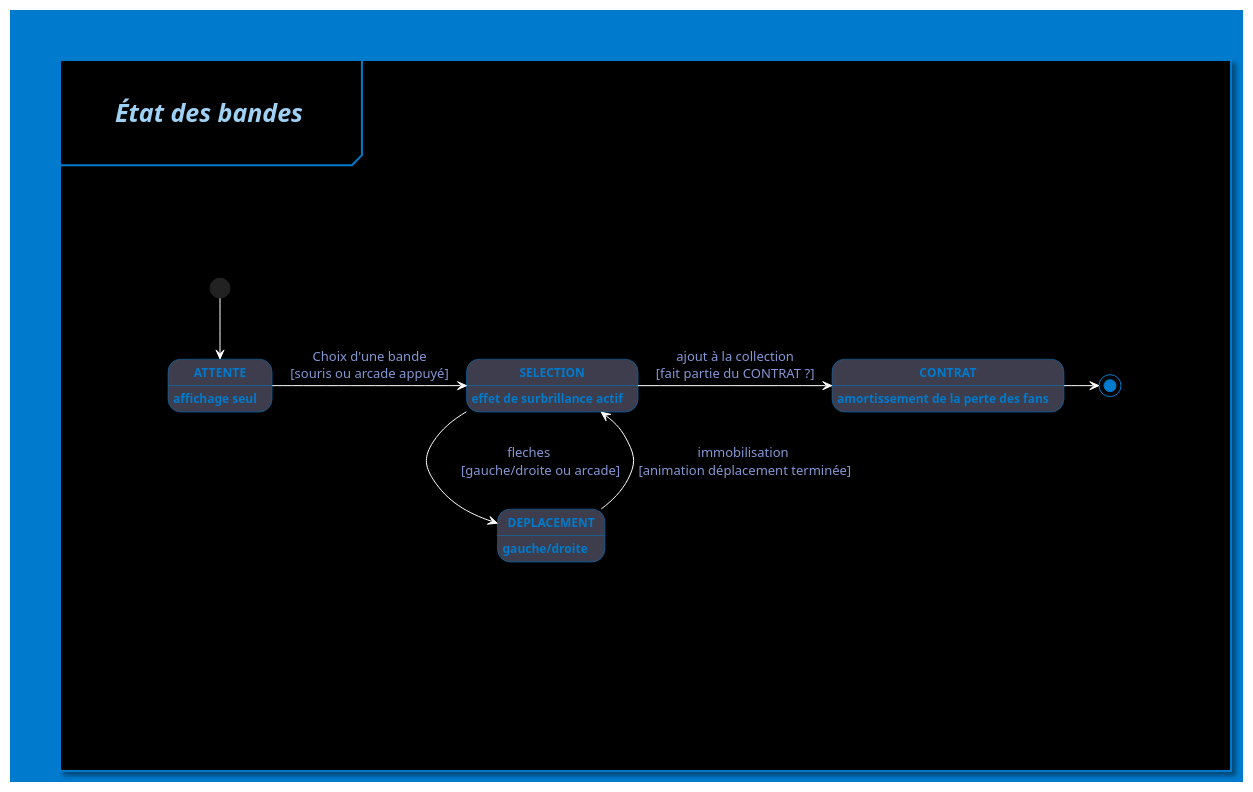
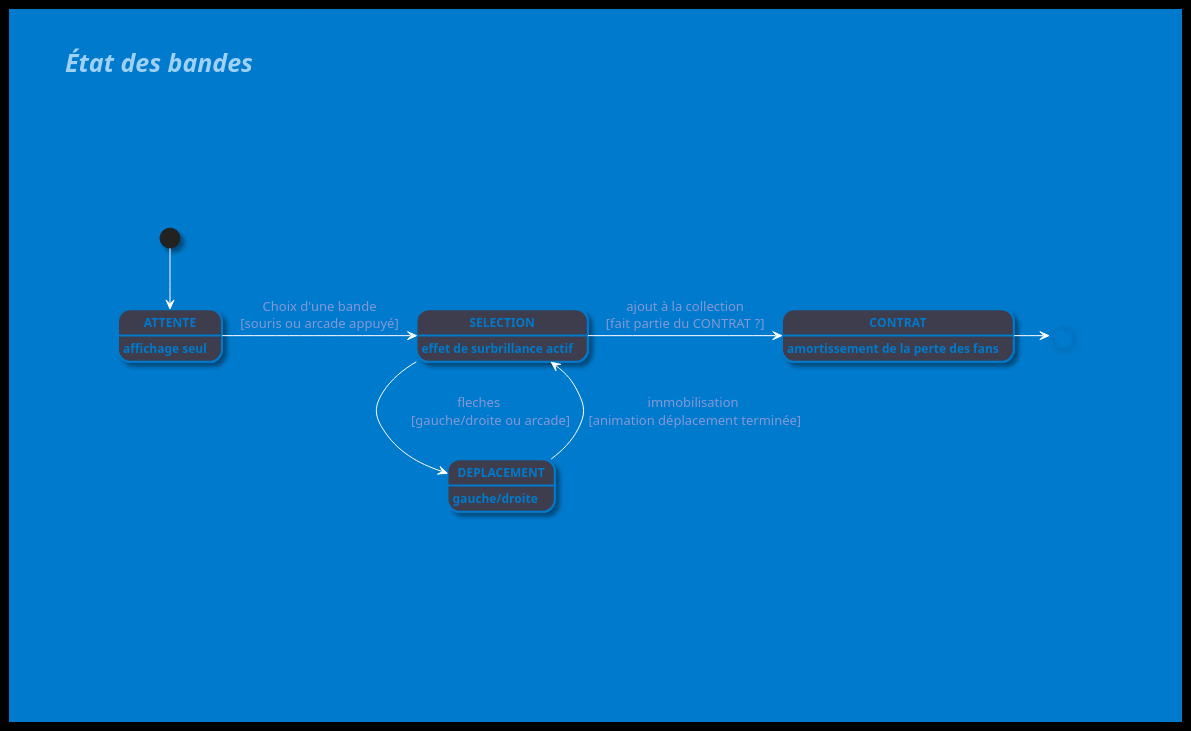
The diagram in docs/uml/puml/BandesStateDiagram.puml (MaiveCL/Projet_session_JV), drawn with PlantUML before and after one commit. The commit also changed other lines of this file, not shown here.

Commit message:
test uml auto-export

```diff
--- a/docs/uml/puml/BandesStateDiagram.puml
+++ b/docs/uml/puml/BandesStateDiagram.puml
@@ -1,62 +1,64 @@
 @startuml "État des bandes"
 ' Définir le style global
 skinparam {
-    backgroundColor 007acc
+    backgroundColor 000000
     ' 007acc = oui
-    ' 92cc00ff = non
+    ' 92cc00ff = non, donne blanc ou ignoré
     shadowing true
     ' oui
     FontName "Consolas"
     ArrowColor ffffffff
     ' #ffffffff
     ArrowFontColor 8598d6ff
     ' #8598d6ff
     StartColor ff02c4ff
-    ' #ff02c4ff
+    ' #ff02c4ff = non, ignoré ou noir
     EndColor ff02c4
-    ' #ff02c4
+    ' #ff02c4 = non, ignoré ou noir
 }
 ' Style pour les states
 skinparam state {
     BackgroundColor 3e3e4eff
-    ' #3e3e4eff
+    ' #3e3e4eff = non, ignoré ou blanc
     fontColor 007acc
     ' #007acc
+    BorderThickness 2.0
     BorderColor 007acc
     ' #007acc
     FontName "Consolas"
     FontSize 12
     FontStyle bold
 }
 <style>
 mainframe {
   LineColor 007acc
   ' #007acc
   LineThickness 2.0
   FontColor 9ed1f3ff
   ' #9ed1f3ff
   FontSize 25
   FontStyle italic
   ' non
   Margin 50
   ' non
   Padding 100
   ' non
-  backgroundColor 000000ff
-  ' #000000
+  backgroundColor 007acc
+  ' 000000ff
+  ' #000000 = non, ignoré
 }
 </style>
 mainframe \n\t**État des bandes**\t\n
 
     state ATTENTE : affichage seul
     state SELECTION : effet de surbrillance actif
     state DEPLACEMENT : gauche/droite
     state CONTRAT : amortissement de la perte des fans
 
     [*] --> ATTENTE
     ATTENTE -> SELECTION : Choix d'une bande\n[souris ou arcade appuyé]
     SELECTION -> DEPLACEMENT : fleches\n\t[gauche/droite ou arcade]\t
     DEPLACEMENT --> SELECTION :immobilisation\n [animation déplacement terminée]
     SELECTION -> CONTRAT :ajout à la collection\n[fait partie du CONTRAT ?]
     CONTRAT -> [*] #007acc
 @enduml
```
